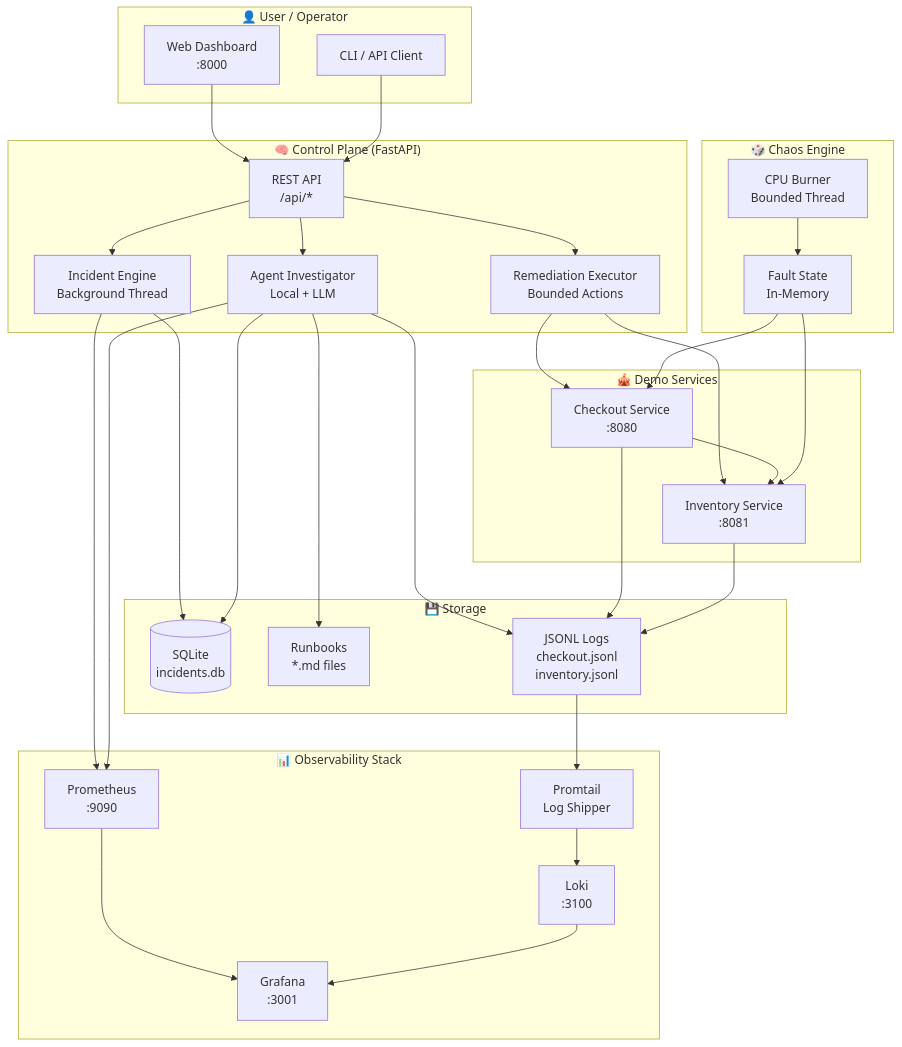
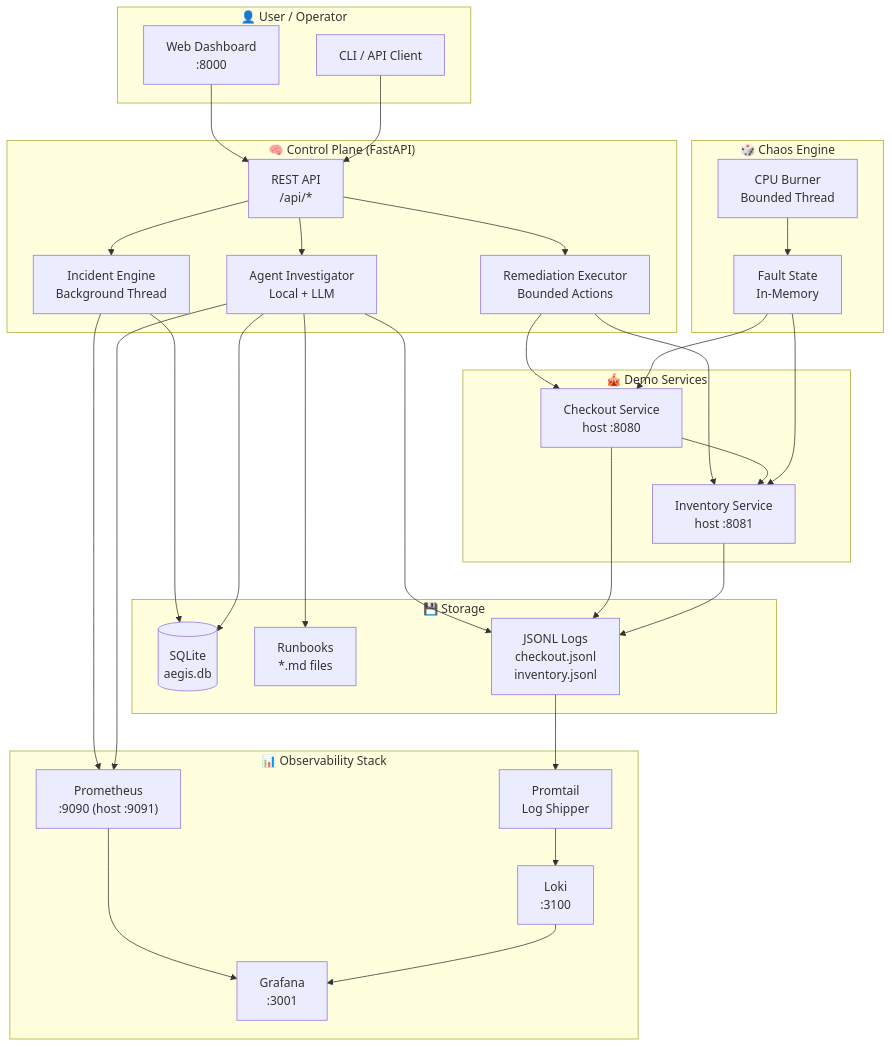
Before and after one commit to underratedgitter/Aegis: the first of 2 diagrams in ARCHITECTURE.md, drawn with Mermaid. The commit also changed other lines of this file and 3 other files, not shown here.

First line of the commit message:
docs(architecture): match the code; read the API version from package metadata

````diff
--- a/ARCHITECTURE.md
+++ b/ARCHITECTURE.md
@@ -5,61 +5,61 @@
 ```mermaid
 flowchart TB
     subgraph User["👤 User / Operator"]
         UI["Web Dashboard<br/>:8000"]
         CLI["CLI / API Client"]
     end
 
     subgraph ControlPlane["🧠 Control Plane (FastAPI)"]
         API["REST API<br/>/api/*"]
         Engine["Incident Engine<br/>Background Thread"]
         Agent["Agent Investigator<br/>Local + LLM"]
         Remediation["Remediation Executor<br/>Bounded Actions"]
     end
 
     subgraph Storage["💾 Storage"]
-        SQLite[("SQLite<br/>incidents.db")]
+        SQLite[("SQLite<br/>aegis.db")]
         Runbooks["Runbooks<br/>*.md files"]
         Logs["JSONL Logs<br/>checkout.jsonl<br/>inventory.jsonl"]
     end
 
     subgraph DemoServices["🎪 Demo Services"]
-        Checkout["Checkout Service<br/>:8080"]
-        Inventory["Inventory Service<br/>:8081"]
+        Checkout["Checkout Service<br/>host :8080"]
+        Inventory["Inventory Service<br/>host :8081"]
     end
 
     subgraph Observability["📊 Observability Stack"]
-        Prometheus["Prometheus<br/>:9090"]
+        Prometheus["Prometheus<br/>:9090 (host :9091)"]
         Grafana["Grafana<br/>:3001"]
         Loki["Loki<br/>:3100"]
         Promtail["Promtail<br/>Log Shipper"]
     end
 
     subgraph Chaos["🎲 Chaos Engine"]
         FaultState["Fault State<br/>In-Memory"]
         CPUBurn["CPU Burner<br/>Bounded Thread"]
     end
 
     UI --> API
     CLI --> API
     API --> Engine
     API --> Agent
     API --> Remediation
     Engine --> Prometheus
     Engine --> SQLite
     Agent --> Prometheus
     Agent --> Logs
     Agent --> Runbooks
     Agent --> SQLite
     Remediation --> Checkout
     Remediation --> Inventory
     Checkout --> Inventory
     Checkout --> Logs
     Inventory --> Logs
     Logs --> Promtail
     Promtail --> Loki
     Prometheus --> Grafana
     Loki --> Grafana
     FaultState --> Checkout
     FaultState --> Inventory
     CPUBurn --> FaultState
 ```
````
